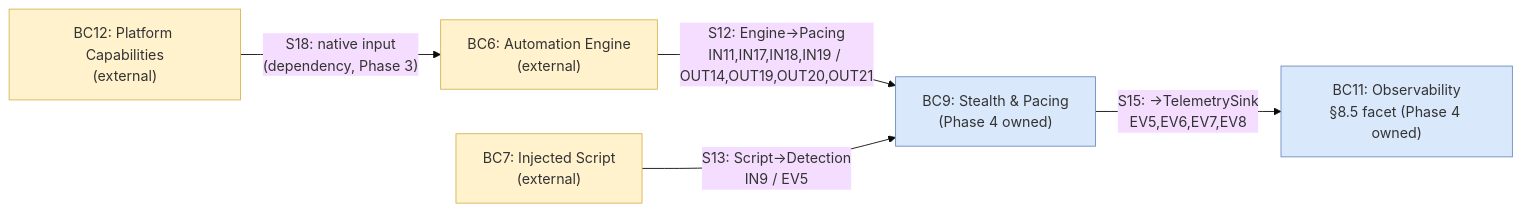
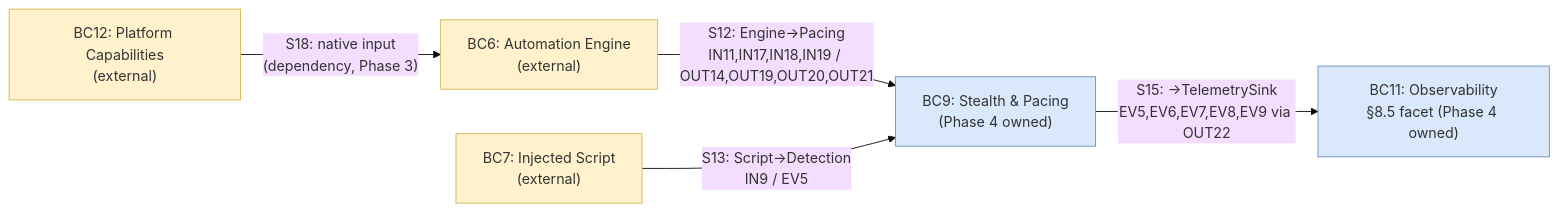
Before and after one commit to tha-hammer/zigBrowser: the third of 3 diagrams in thoughts/searchable/shared/plans/2026-07-09-phase4-anti-detection-pacing-tdd-plan.md, drawn with Mermaid (base theme). The commit also changed other lines of this file and 2 other files, not shown here.

````diff
--- a/thoughts/searchable/shared/plans/2026-07-09-phase4-anti-detection-pacing-tdd-plan.md
+++ b/thoughts/searchable/shared/plans/2026-07-09-phase4-anti-detection-pacing-tdd-plan.md
@@ -2417,16 +2876,16 @@
 ```mermaid
 flowchart LR
     classDef owned   fill:#dae8fc,stroke:#6c8ebf
     classDef external fill:#fff2cc,stroke:#d6b656
 
     BC6["BC6: Automation Engine\n(external)"]:::external
     BC7["BC7: Injected Script\n(external)"]:::external
     BC12["BC12: Platform Capabilities\n(external)"]:::external
     BC9["BC9: Stealth & Pacing\n(Phase 4 owned)"]:::owned
     BC11["BC11: Observability\n§8.5 facet (Phase 4 owned)"]:::owned
 
     BC6 -->|"S12: Engine→Pacing\nIN11,IN17,IN18,IN19 / OUT14,OUT19,OUT20,OUT21"| BC9
     BC7 -->|"S13: Script→Detection\nIN9 / EV5"| BC9
     BC12 -->|"S18: native input\n(dependency, Phase 3)"| BC6
-    BC9 -->|"S15: →TelemetrySink\nEV5,EV6,EV7,EV8"| BC11
+    BC9 -->|"S15: →TelemetrySink\nEV5,EV6,EV7,EV8,EV9 via OUT22"| BC11
 ```
````
